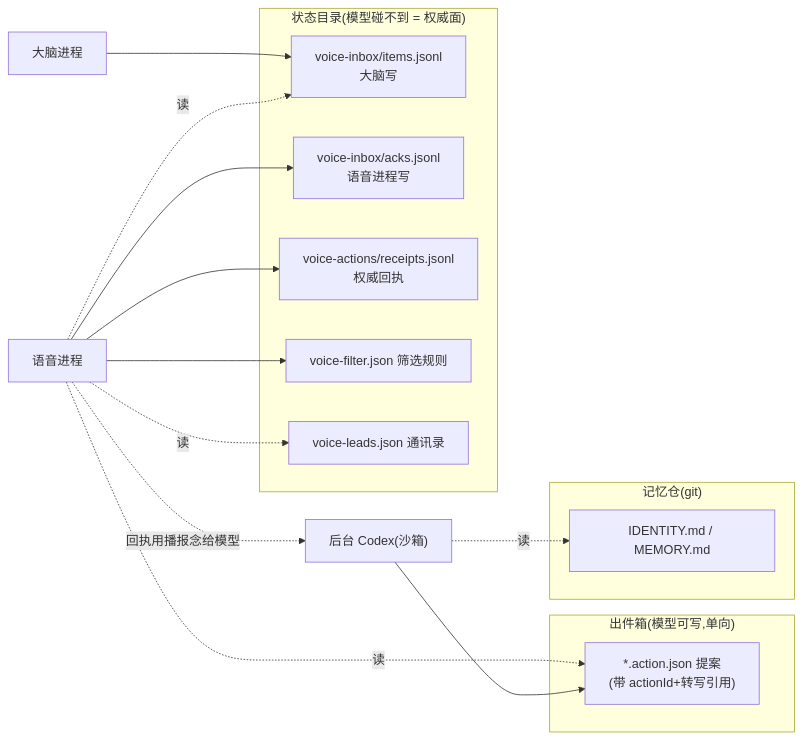
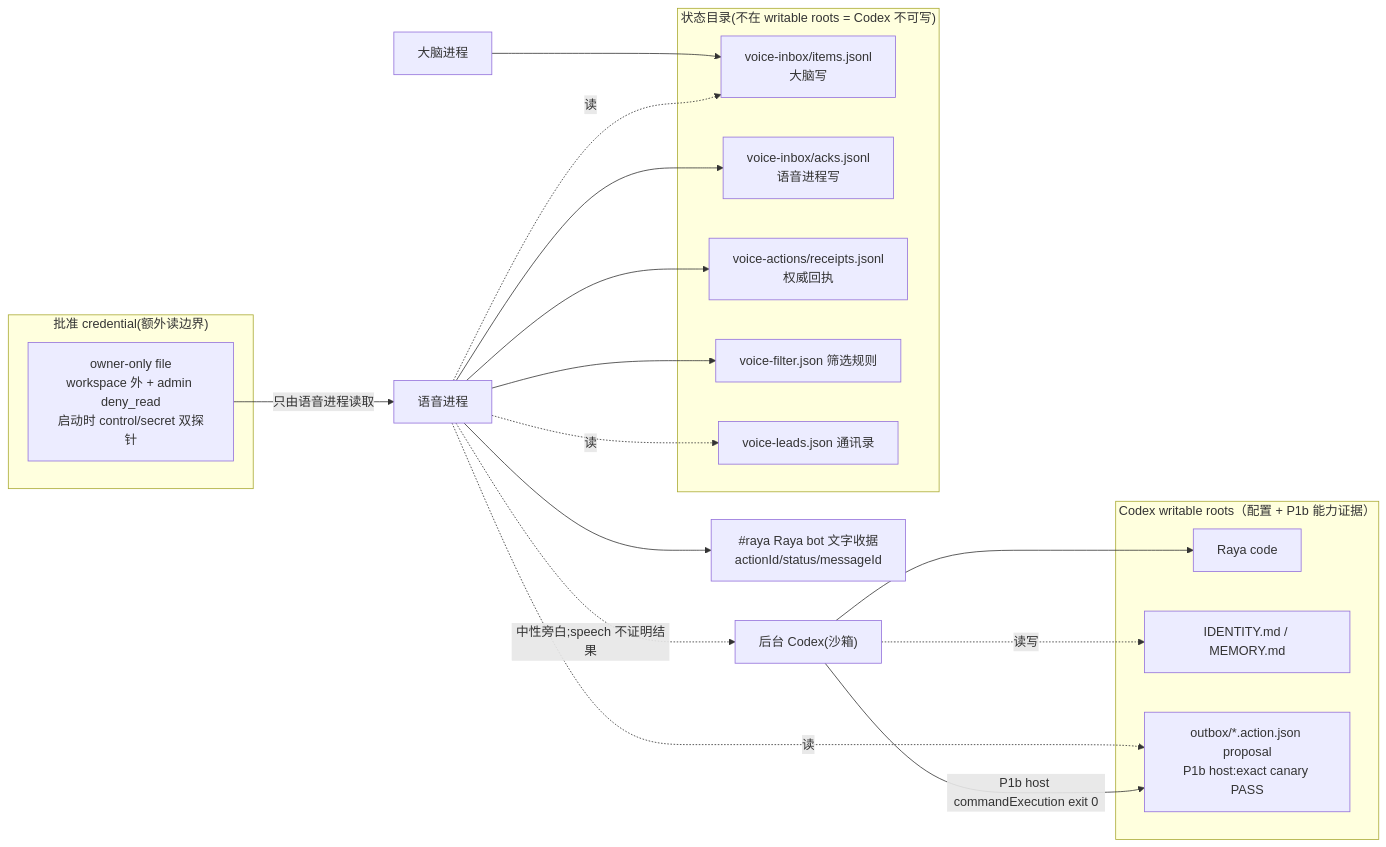
The diagram in engineering/doc/FLY-2031-raya-mobile-voice/diagrams/d4-files.mmd (xrliAnnie/flywheel-qa-sandbox), drawn with Mermaid before and after one commit. The commit also changed 29 other files, not shown here.

```diff
--- a/engineering/doc/FLY-2031-raya-mobile-voice/diagrams/d4-files.mmd
+++ b/engineering/doc/FLY-2031-raya-mobile-voice/diagrams/d4-files.mmd
@@ -1,20 +1,26 @@
 flowchart LR
-  subgraph ST["状态目录(模型碰不到 = 权威面)"]
+  subgraph ST["状态目录(不在 writable roots = Codex 不可写)"]
     ITEMS["voice-inbox/items.jsonl<br/>大脑写"]
     ACKS["voice-inbox/acks.jsonl<br/>语音进程写"]
     RCP["voice-actions/receipts.jsonl<br/>权威回执"]
     FF["voice-filter.json 筛选规则"]
     LJ["voice-leads.json 通讯录"]
   end
-  subgraph OBX["出件箱(模型可写,单向)"]
-    ACT["*.action.json 提案<br/>(带 actionId+转写引用)"]
+  subgraph WR["Codex writable roots（配置 + P1b 能力证据）"]
+    CODE["Raya code"]
+    IDM["IDENTITY.md / MEMORY.md"]
+    ACT["outbox/*.action.json proposal<br/>P1b host:exact canary PASS"]
   end
-  subgraph MEM["记忆仓(git)"]
-    IDM["IDENTITY.md / MEMORY.md"]
+  subgraph SEC["批准 credential(额外读边界)"]
+    CRED["owner-only file<br/>workspace 外 + admin deny_read<br/>启动时 control/secret 双探针"]
   end
   BRAIN["大脑进程"] --> ITEMS
+  BOT["#raya Raya bot 文字收据<br/>actionId/status/messageId"]
   VP["语音进程"] --> ACKS & RCP & FF
   VP -.读.-> ITEMS & LJ & ACT
-  CX["后台 Codex(沙箱)"] --> ACT
-  CX -.读.-> IDM
-  VP -.回执用播报念给模型.-> CX
+  CX["后台 Codex(沙箱)"] -->|P1b host commandExecution exit 0| ACT
+  CX --> CODE
+  CX -.读写.-> IDM
+  CRED -->|只由语音进程读取| VP
+  VP --> BOT
+  VP -."中性旁白;speech 不证明结果".-> CX
```
